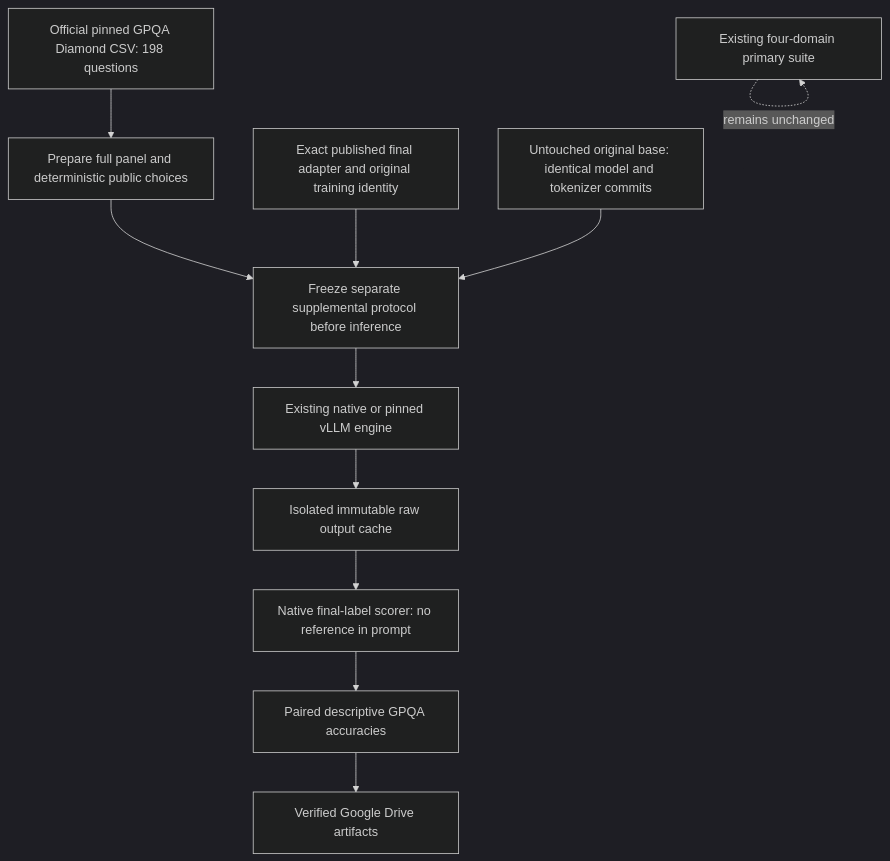
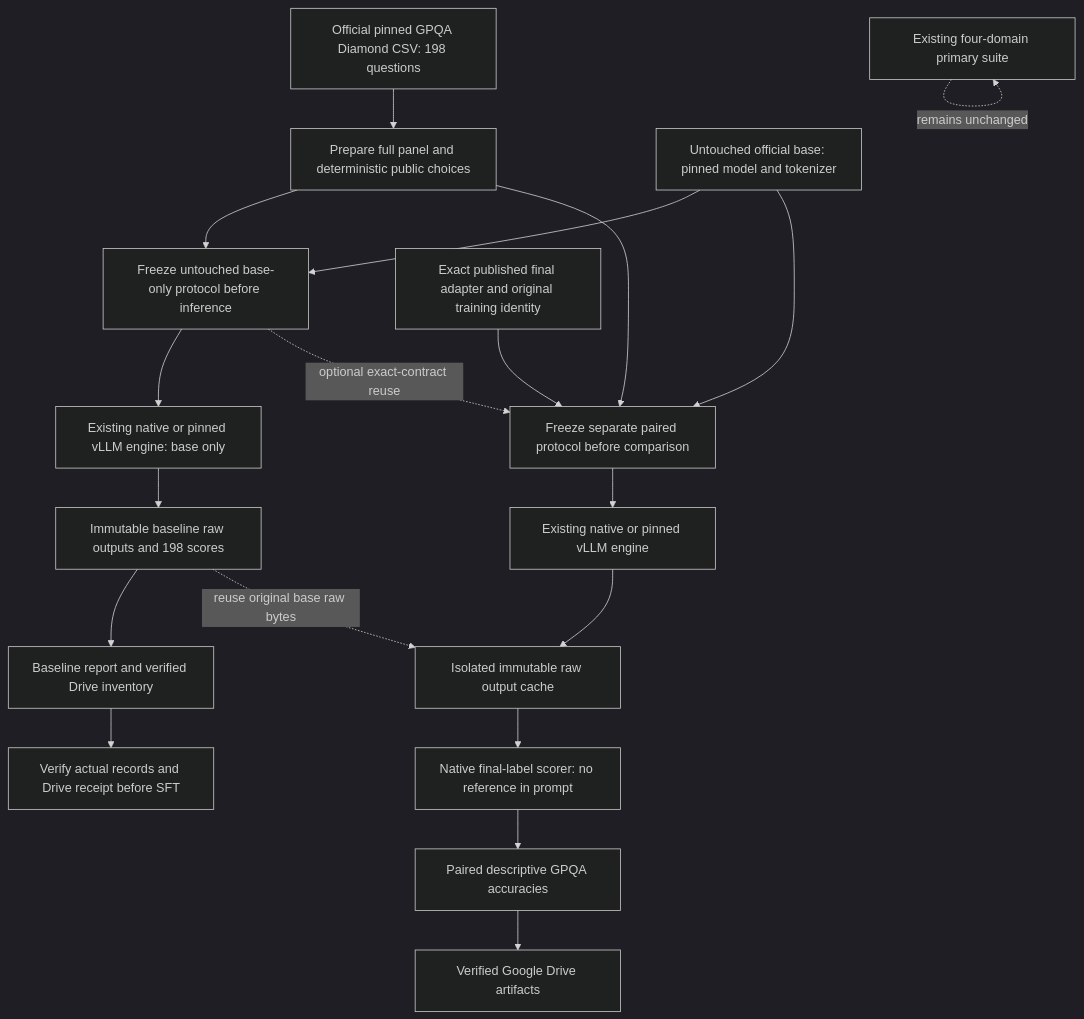
The diagram in spec/mermaid/workflows/evaluation/supplemental_gpqa.mmd (AJUNNYC/inducing_persistent_textual_chain_of_thought_illegibility), drawn with Mermaid (dark theme) before and after one commit. The commit also changed 6 other files, not shown here.

Commit message:
Run untouched GPQA baseline before remaining 14B SFT fits

```diff
--- a/spec/mermaid/workflows/evaluation/supplemental_gpqa.mmd
+++ b/spec/mermaid/workflows/evaluation/supplemental_gpqa.mmd
@@ -1,11 +1,19 @@
 flowchart TD
     O[Official pinned GPQA Diamond CSV: 198 questions] --> P[Prepare full panel and deterministic public choices]
-    P --> F[Freeze separate supplemental protocol before inference]
+    P --> BF[Freeze untouched base-only protocol before inference]
+    B[Untouched official base: pinned model and tokenizer] --> BF
+    BF --> BG[Existing native or pinned vLLM engine: base only]
+    BG --> BR[Immutable baseline raw outputs and 198 scores]
+    BR --> BD[Baseline report and verified Drive inventory]
+    BD --> Q[Verify actual records and Drive receipt before SFT]
+    P --> F[Freeze separate paired protocol before comparison]
     A[Exact published final adapter and original training identity] --> F
-    B[Untouched original base: identical model and tokenizer commits] --> F
+    B --> F
+    BF -. optional exact-contract reuse .-> F
+    BR -. reuse original base raw bytes .-> R
     F --> G[Existing native or pinned vLLM engine]
     G --> R[Isolated immutable raw output cache]
     R --> S[Native final-label scorer: no reference in prompt]
     S --> C[Paired descriptive GPQA accuracies]
     C --> D[Verified Google Drive artifacts]
     X[Existing four-domain primary suite] -. remains unchanged .-> X
```
